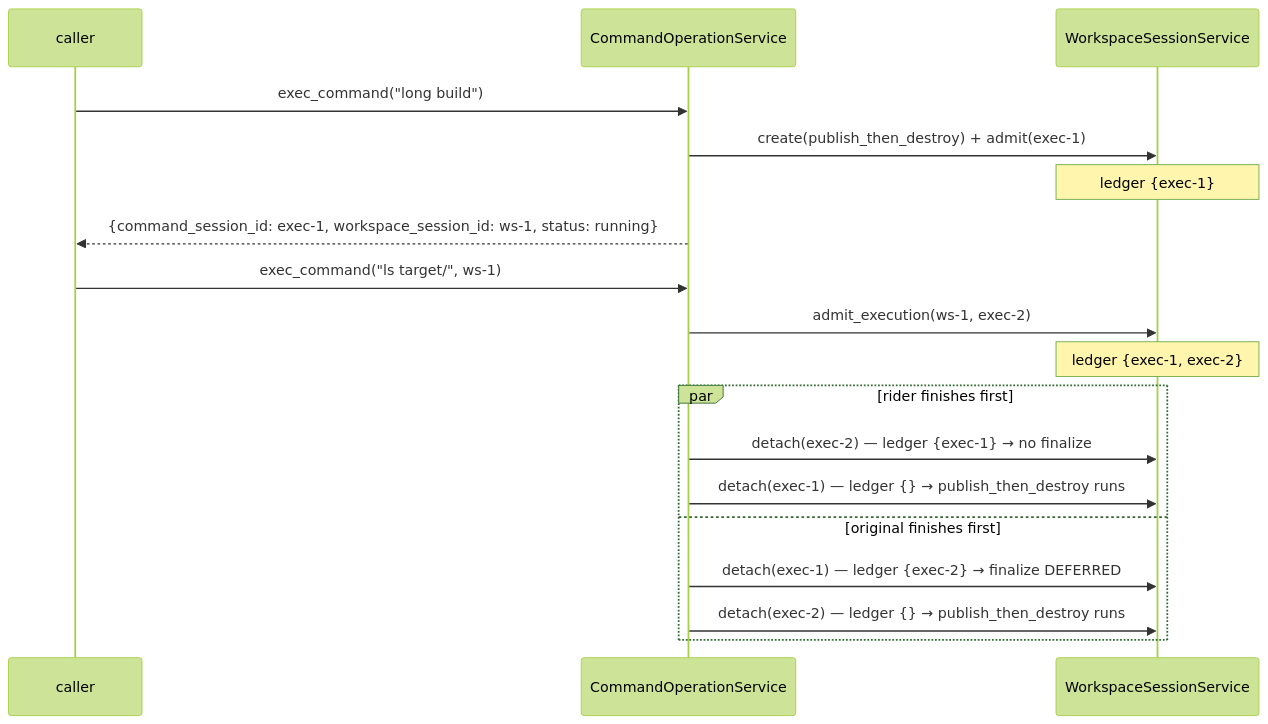
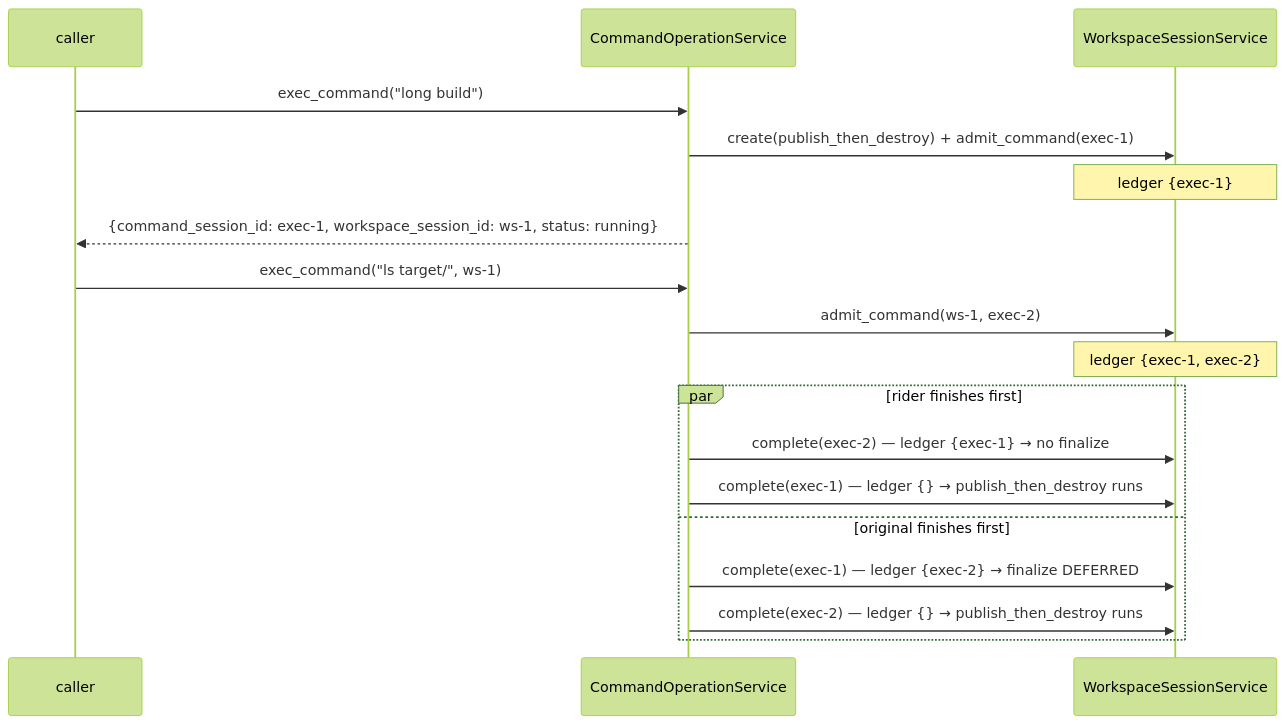
Before and after one commit to Ephemeral-AI-Lab/ephemeral-os: the second of 5 diagrams in docs/obsidian/ephemeral-os/implementation_plan/finalize-policy/spec.md, drawn with Mermaid (forest theme). The commit also changed other lines of this file and 414 other files, not shown here.

````diff
--- a/docs/obsidian/ephemeral-os/implementation_plan/finalize-policy/spec.md
+++ b/docs/obsidian/ephemeral-os/implementation_plan/finalize-policy/spec.md
@@ -313,21 +522,21 @@
 ```mermaid
 sequenceDiagram
     participant C as caller
     participant CMD as CommandOperationService
     participant WS as WorkspaceSessionService
 
     C->>CMD: exec_command("long build")
-    CMD->>WS: create(publish_then_destroy) + admit(exec-1)
+    CMD->>WS: create(publish_then_destroy) + admit_command(exec-1)
     Note over WS: ledger {exec-1}
     CMD-->>C: {command_session_id: exec-1, workspace_session_id: ws-1, status: running}
     C->>CMD: exec_command("ls target/", ws-1)
-    CMD->>WS: admit_execution(ws-1, exec-2)
+    CMD->>WS: admit_command(ws-1, exec-2)
     Note over WS: ledger {exec-1, exec-2}
     par rider finishes first
-        CMD->>WS: detach(exec-2) — ledger {exec-1} → no finalize
-        CMD->>WS: detach(exec-1) — ledger {} → publish_then_destroy runs
+        CMD->>WS: complete(exec-2) — ledger {exec-1} → no finalize
+        CMD->>WS: complete(exec-1) — ledger {} → publish_then_destroy runs
     and original finishes first
-        CMD->>WS: detach(exec-1) — ledger {exec-2} → finalize DEFERRED
-        CMD->>WS: detach(exec-2) — ledger {} → publish_then_destroy runs
+        CMD->>WS: complete(exec-1) — ledger {exec-2} → finalize DEFERRED
+        CMD->>WS: complete(exec-2) — ledger {} → publish_then_destroy runs
     end
 ```
````
